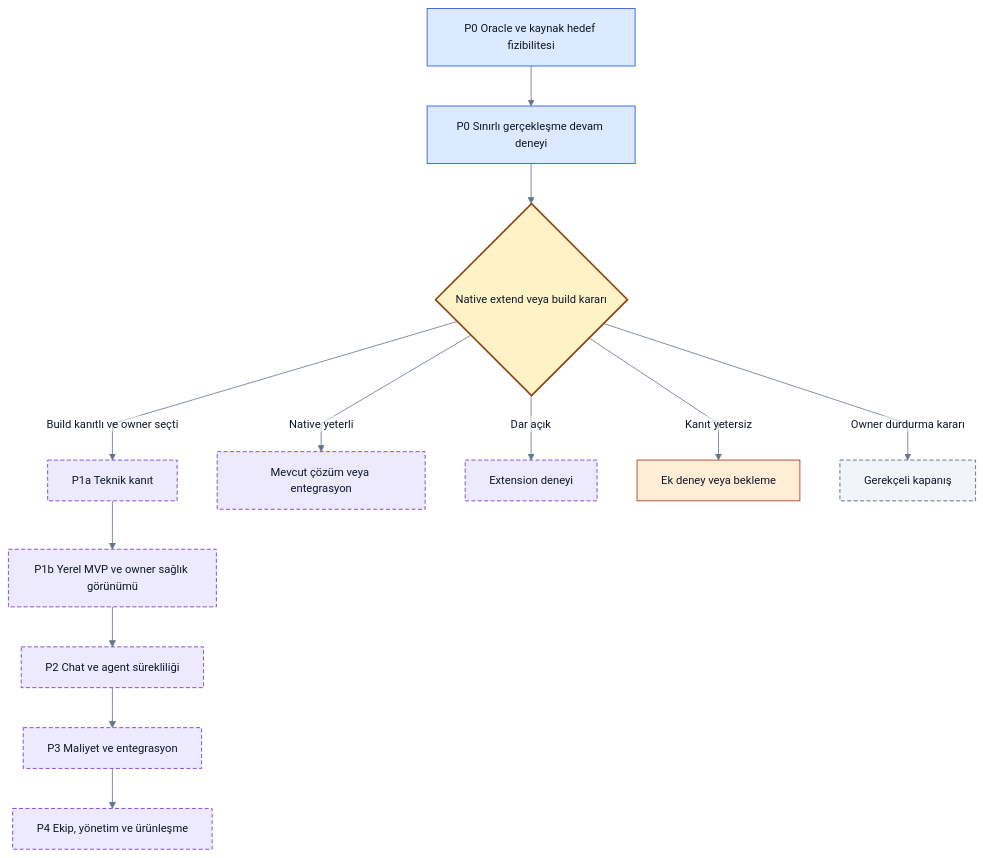
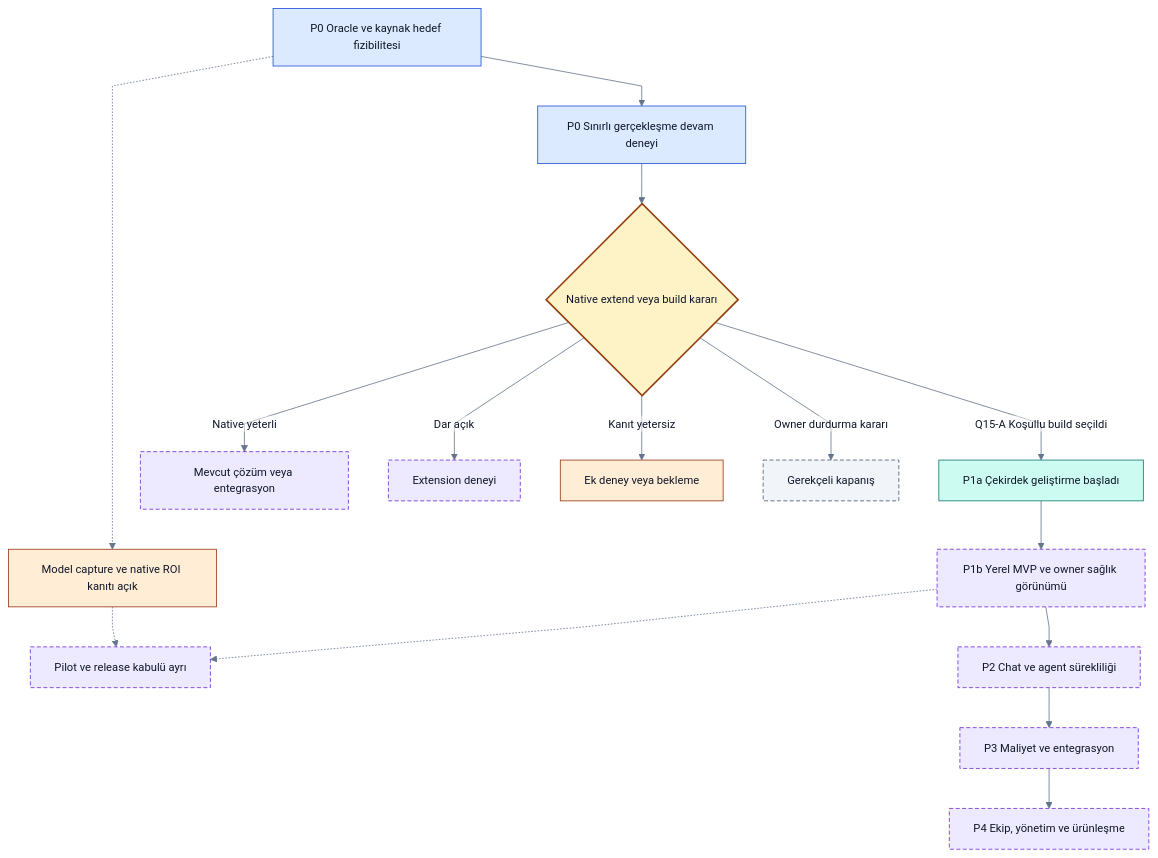
Before and after one commit to alphanAkbulut/decivora: the first of 2 diagrams in ROADMAP.md, drawn with Mermaid. The commit also changed other lines of this file and 35 other files, not shown here.

````diff
--- a/ROADMAP.md
+++ b/ROADMAP.md
@@ -8,27 +8,33 @@
 ```mermaid
 %%{init: {"theme":"base","themeVariables":{"fontFamily":"Arial, sans-serif","fontSize":"14px","primaryColor":"#eff6ff","primaryTextColor":"#0f172a","primaryBorderColor":"#1d4ed8","lineColor":"#64748b","secondaryColor":"#ccfbf1","tertiaryColor":"#f1f5f9","background":"#ffffff","mainBkg":"#eff6ff","textColor":"#0f172a","clusterBkg":"#f8fafc","clusterBorder":"#94a3b8","edgeLabelBackground":"#ffffff","actorBkg":"#eff6ff","actorTextColor":"#0f172a","actorBorder":"#1d4ed8","signalColor":"#64748b","signalTextColor":"#0f172a","noteBkgColor":"#fef3c7","noteTextColor":"#0f172a","noteBorderColor":"#92400e"},"flowchart":{"htmlLabels":false,"curve":"linear"},"sequence":{"wrap":true},"themeCSS":"background-color:#ffffff;"}}%%
 flowchart TB
     accTitle: Fazlar ve yatırım alternatifleri
     accDescr: Önerilen tasarım veya açıkça belirtilen sentetik örnek. Renkler alan ve kontrol türünü gösterir; implemented veya passed kanıtı değildir. Yetki, revision ve coverage sınırları korunur.
     P0[P0 Oracle ve kaynak hedef fizibilitesi] --> E[P0 Sınırlı gerçekleşme devam deneyi]
     E --> G{Native extend veya build kararı}
-    G -->|Build kanıtlı ve owner seçti| P1A[P1a Teknik kanıt]
+    G -->|Q15-A Koşullu build seçildi| P1A[P1a Çekirdek geliştirme başladı]
+    P0 -.-> OPEN[Model capture ve native ROI kanıtı açık]
+    OPEN -.-> PILOT[Pilot ve release kabulü ayrı]
+    P1B -.-> PILOT
     G -->|Native yeterli| N[Mevcut çözüm veya entegrasyon]
     G -->|Dar açık| X[Extension deneyi]
     G -->|Kanıt yetersiz| W[Ek deney veya bekleme]
     G -->|Owner durdurma kararı| S[Gerekçeli kapanış]
     P1A --> P1B[P1b Yerel MVP ve owner sağlık görünümü]
     P1B --> P2[P2 Chat ve agent sürekliliği]
     P2 --> P3[P3 Maliyet ve entegrasyon]
     P3 --> P4[P4 Ekip, yönetim ve ürünleşme]
     classDef process fill:#dbeafe,stroke:#1d4ed8,color:#0f172a
     classDef gate fill:#fef3c7,stroke:#92400e,color:#0f172a,stroke-width:2px
     classDef future fill:#ede9fe,stroke:#6d28d9,color:#0f172a,stroke-dasharray:5 3
     classDef warning fill:#ffedd5,stroke:#9a3412,color:#0f172a
     classDef history fill:#f1f5f9,stroke:#475569,color:#0f172a,stroke-dasharray:5 3
     class P0,E process
     class G gate
-    class P1A,P1B,P2,P3,P4,N,X future
+    class P1B,P2,P3,P4,N,X,PILOT future
+    classDef accepted fill:#ccfbf1,stroke:#0f766e,color:#0f172a
+    class P1A accepted
+    class OPEN warning
     class W warning
     class S history
 ```
````
